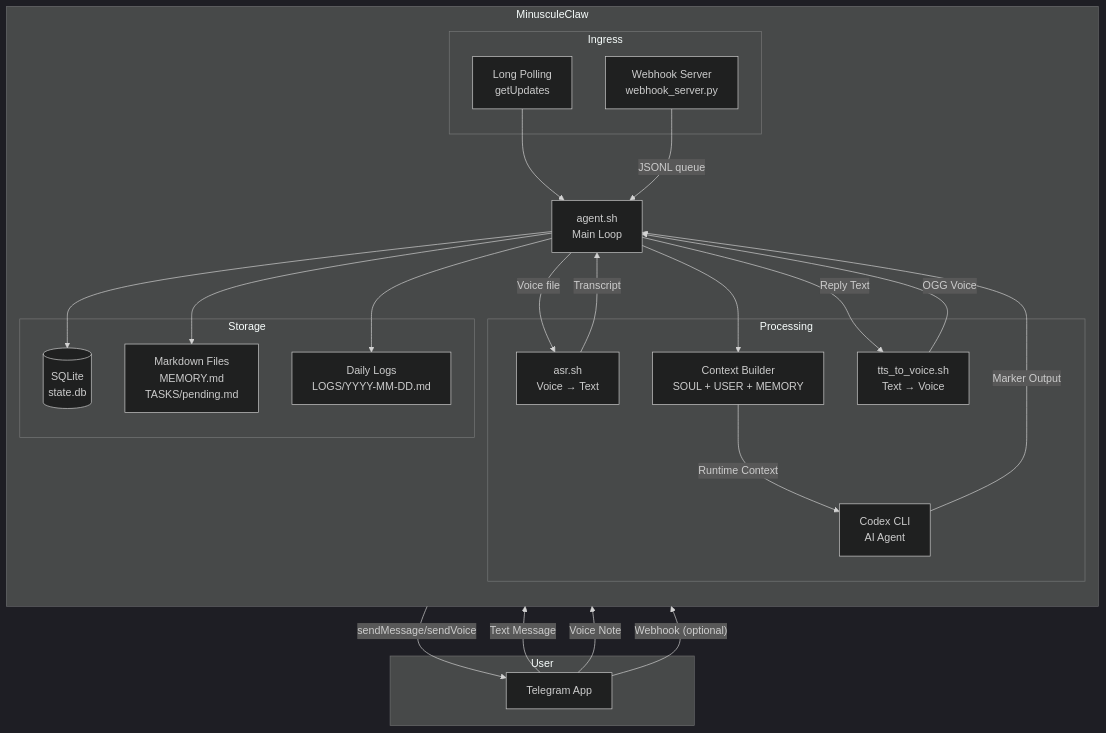
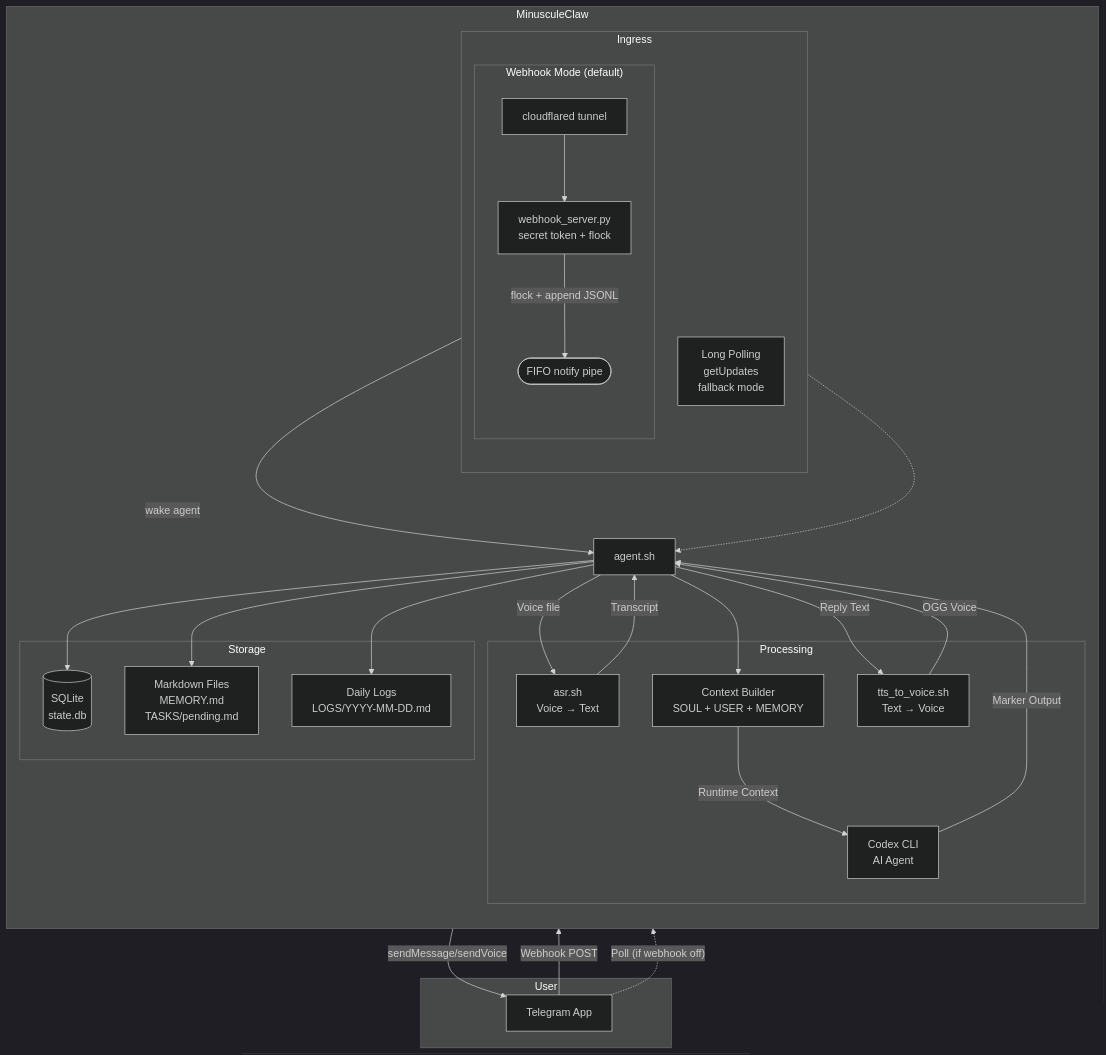
Before and after one commit to lsj5031/ShellClaw: the sixth of 9 diagrams in README.md, drawn with Mermaid (dark theme). The commit also changed other lines of this file and 8 other files, not shown here.

First line of the commit message:
feat: webhook-native mode with cloudflared tunnel

````diff
--- a/README.md
+++ b/README.md
@@ -211,52 +220,57 @@
 ```mermaid
 flowchart TB
     subgraph User
         TG[Telegram App]
     end
 
     subgraph MinusculeClaw
         direction TB
-        AGENT[agent.sh<br/>Main Loop]
+        AGENT[agent.sh]
 
         subgraph Ingress
-            POLL[Long Polling<br/>getUpdates]
-            WH[Webhook Server<br/>webhook_server.py]
+            direction TB
+            subgraph webhook_path["Webhook Mode (default)"]
+                CF[cloudflared tunnel]
+                WH[webhook_server.py<br/>secret token + flock]
+                FIFO([FIFO notify pipe])
+            end
+            POLL[Long Polling<br/>getUpdates<br/>fallback mode]
         end
 
         subgraph Processing
             ASR[asr.sh<br/>Voice → Text]
             CTX[Context Builder<br/>SOUL + USER + MEMORY]
             CODEX[Codex CLI<br/>AI Agent]
             TTS[tts_to_voice.sh<br/>Text → Voice]
         end
 
         subgraph Storage
             SQLITE[(SQLite<br/>state.db)]
             MD[Markdown Files<br/>MEMORY.md<br/>TASKS/pending.md]
             LOGS[Daily Logs<br/>LOGS/YYYY-MM-DD.md]
         end
     end
 
-    TG -->|"Text Message"| POLL
-    TG -->|"Voice Note"| POLL
-    TG -->|"Webhook (optional)"| WH
-
-    POLL --> AGENT
-    WH -->|"JSONL queue"| AGENT
+    TG -->|"Webhook POST"| CF
+    CF --> WH
+    WH -->|"flock + append JSONL"| FIFO
+    FIFO -->|"wake agent"| AGENT
+    TG -.->|"Poll (if webhook off)"| POLL
+    POLL -.-> AGENT
 
     AGENT -->|"Voice file"| ASR
     ASR -->|"Transcript"| AGENT
 
     AGENT --> CTX
     CTX -->|"Runtime Context"| CODEX
     CODEX -->|"Marker Output"| AGENT
 
     AGENT -->|"Reply Text"| TTS
     TTS -->|"OGG Voice"| AGENT
 
     AGENT -->|"sendMessage/sendVoice"| TG
 
     AGENT --> SQLITE
     AGENT --> MD
     AGENT --> LOGS
 ```
````
